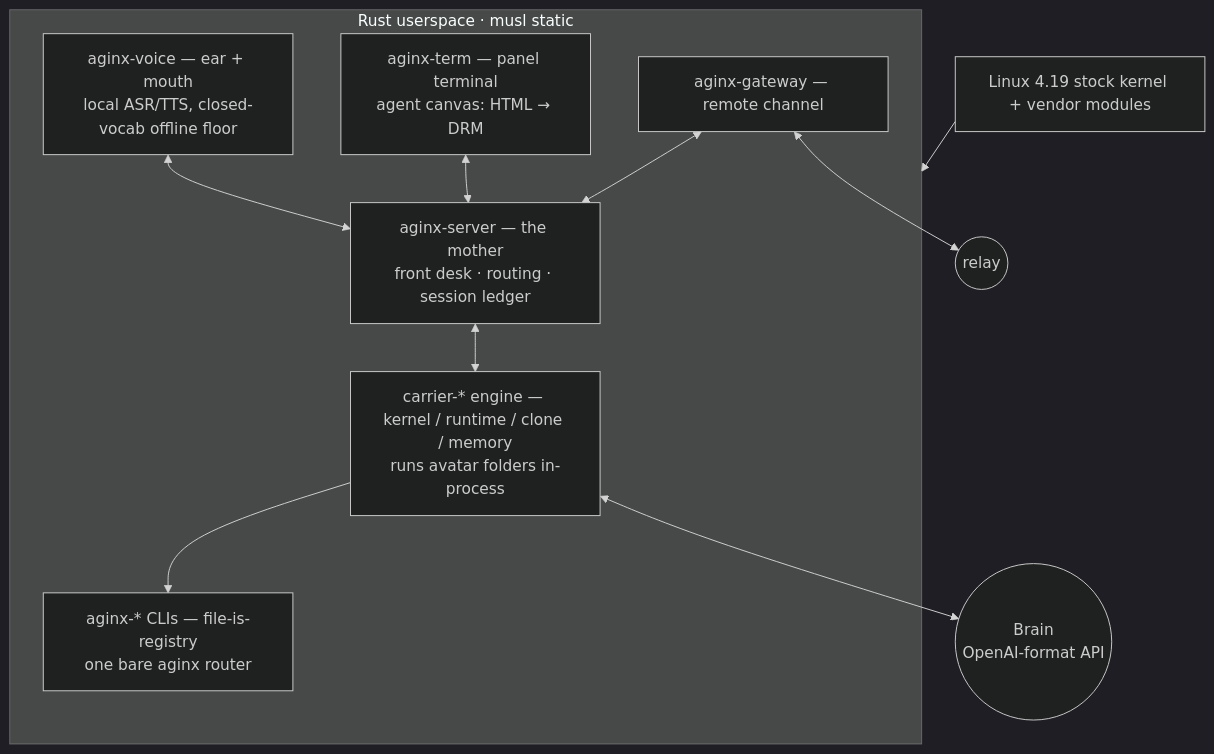
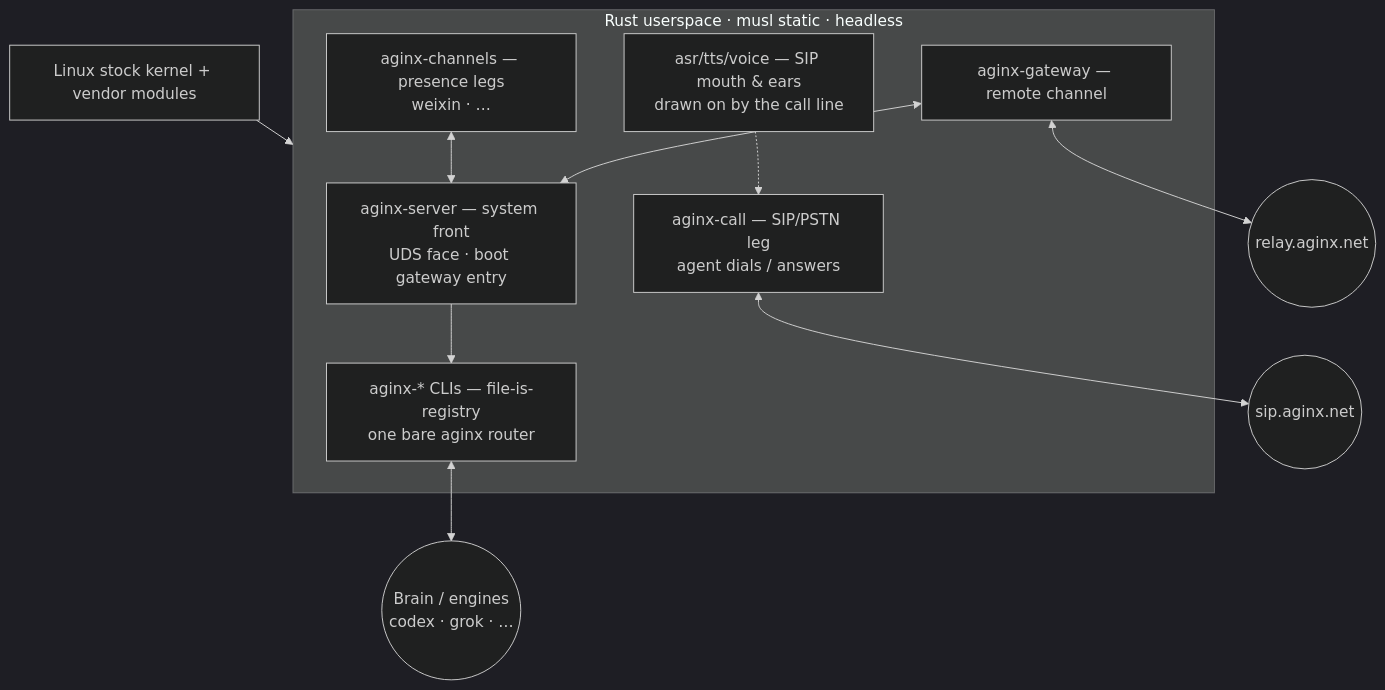
The diagram in README.md (yinnho/aginxos-next), drawn with Mermaid (dark theme) before and after one commit. The commit also changed other lines of this file and 3 other files, not shown here.

````diff
--- a/README.md
+++ b/README.md
@@ -132,22 +104,23 @@
 ```mermaid
 flowchart TB
-    K["Linux 4.19 stock kernel + vendor modules"]
-    subgraph U["Rust userspace · musl static"]
-        S["aginx-server — the mother<br/>front desk · routing · session ledger"]
-        R["carrier-* engine — kernel / runtime / clone / memory<br/>runs avatar folders in-process"]
-        V["aginx-voice — ear + mouth<br/>local ASR/TTS, closed-vocab offline floor"]
-        T["aginx-term — panel terminal<br/>agent canvas: HTML → DRM"]
+    K["Linux stock kernel + vendor modules"]
+    subgraph U["Rust userspace · musl static · headless"]
+        S["aginx-server — system front<br/>UDS face · boot gateway entry"]
         C["aginx-* CLIs — file-is-registry<br/>one bare aginx router"]
         G["aginx-gateway — remote channel"]
+        CH["aginx-channels — presence legs<br/>weixin · …"]
+        CALL["aginx-call — SIP/PSTN leg<br/>agent dials / answers"]
+        V["asr/tts/voice — SIP mouth & ears<br/>drawn on by the call line"]
     end
-    B(("Brain<br/>OpenAI-format API"))
-    L(("relay"))
+    B(("Brain / engines<br/>codex · grok · …"))
+    L(("relay.aginx.net"))
+    SIP(("sip.aginx.net"))
     K --> U
-    V <--> S
-    T <--> S
-    S <--> R
-    R --> C
+    S --> C
     G <--> S
     G <--> L
-    R <--> B
+    CH <--> S
+    CALL <--> SIP
+    V -.-> CALL
+    C <--> B
 ```
````
